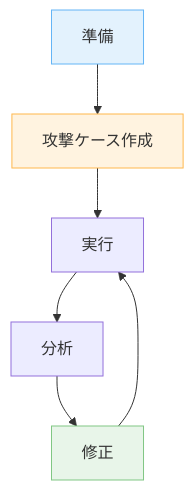
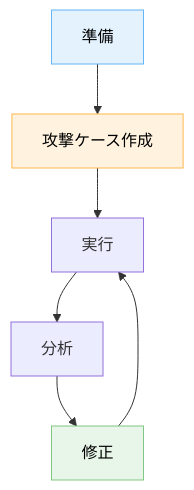
Before and after one commit to dinekt/dinekt-wiki: the second of 3 diagrams in docs/techniques/llm-レッドチーミング-意図的な攻撃で安全性を検証する.md, drawn with Mermaid. The commit also changed other lines of this file and 71 other files, not shown here.

First line of the commit message:
fix: mermaid readability + remove GitHub repo toolbar

````diff
--- a/docs/techniques/llm-レッドチーミング-意図的な攻撃で安全性を検証する.md
+++ b/docs/techniques/llm-レッドチーミング-意図的な攻撃で安全性を検証する.md
@@ -68,12 +68,12 @@
 ```mermaid
 flowchart TD
     P[準備] --> C[攻撃ケース作成]
     C --> E[実行]
     E --> A[分析]
     A --> F[修正]
     F --> E
 
-    style P fill:#e3f2fd,stroke:#64b5f6
-    style C fill:#fff3e0,stroke:#ffb74d
-    style F fill:#e8f5e9,stroke:#81c784
+    style P fill:#e3f2fd,stroke:#64b5f6,color:#000
+    style C fill:#fff3e0,stroke:#ffb74d,color:#000
+    style F fill:#e8f5e9,stroke:#81c784,color:#000
 ```
````
